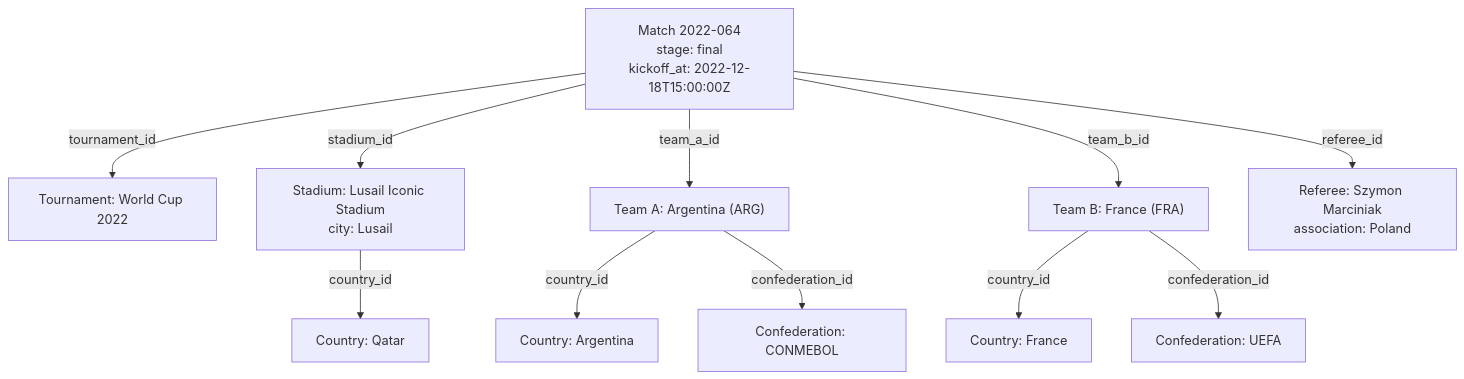
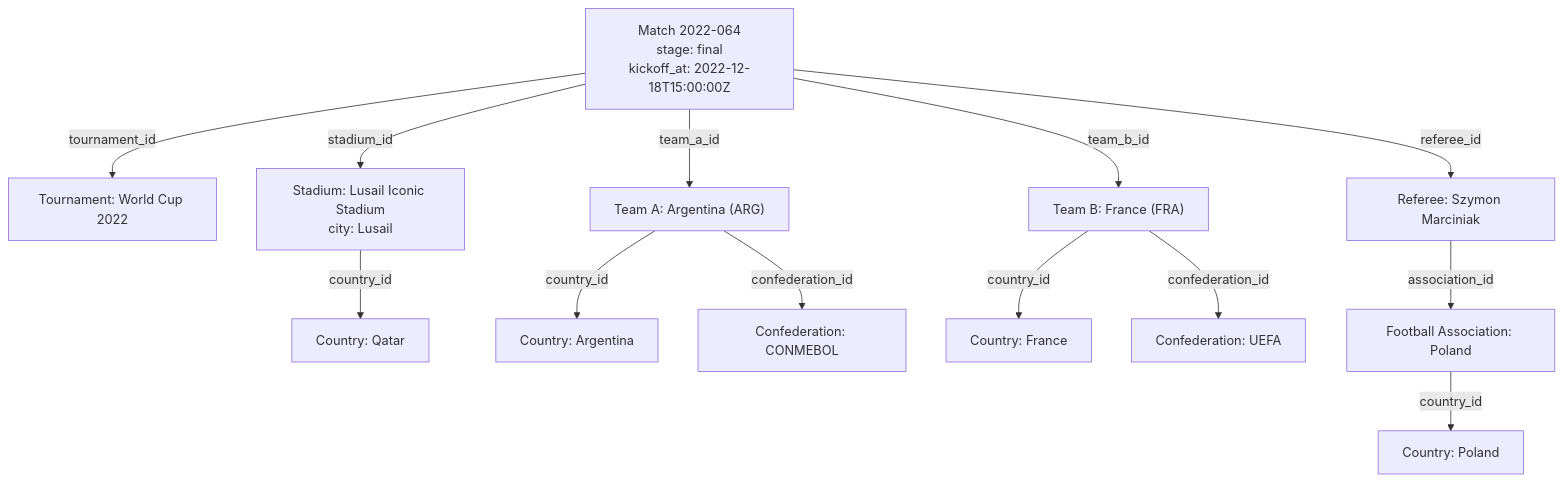
One commit to pawelMSoftware/world-cup-data changed the third of 3 diagrams in docs/DATA_MODEL.md. Above: the diagram before and after it, drawn with Mermaid. The commit also changed other lines of this file and 11 other files, not shown here.

Commit message:
Add football_associations dataset and normalize referees.json's association field

````diff
--- a/docs/DATA_MODEL.md
+++ b/docs/DATA_MODEL.md
@@ -309,25 +346,29 @@
 ```mermaid
 flowchart TD
     M["Match 2022-064\nstage: final\nkickoff_at: 2022-12-18T15:00:00Z"]
     T["Tournament: World Cup 2022"]
     S["Stadium: Lusail Iconic Stadium\ncity: Lusail"]
     TA["Team A: Argentina (ARG)"]
     TB["Team B: France (FRA)"]
-    R["Referee: Szymon Marciniak\nassociation: Poland"]
+    R["Referee: Szymon Marciniak"]
+    FA["Football Association: Poland"]
     CS["Country: Qatar"]
     CA["Country: Argentina"]
     CF["Country: France"]
+    CP["Country: Poland"]
     KA["Confederation: CONMEBOL"]
     KF["Confederation: UEFA"]
 
     M -->|tournament_id| T
     M -->|stadium_id| S
     M -->|team_a_id| TA
     M -->|team_b_id| TB
     M -->|referee_id| R
+    R -->|association_id| FA
+    FA -->|country_id| CP
     S -->|country_id| CS
     TA -->|country_id| CA
     TB -->|country_id| CF
     TA -->|confederation_id| KA
     TB -->|confederation_id| KF
 ```
````
